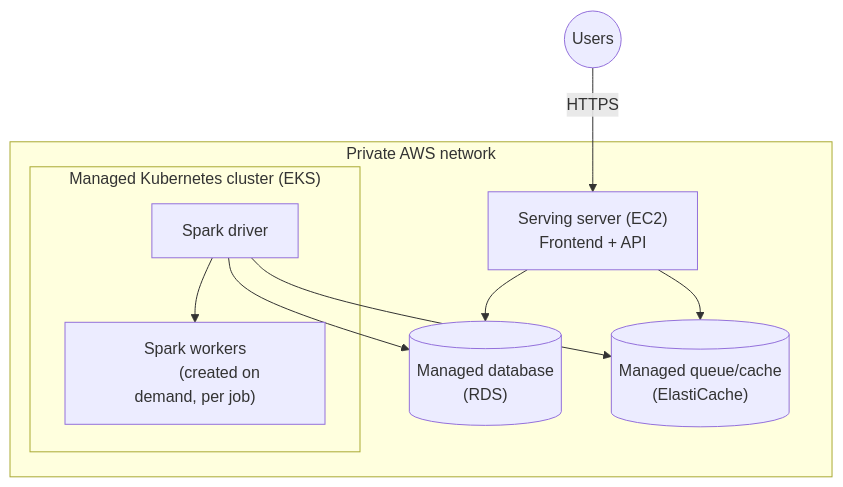
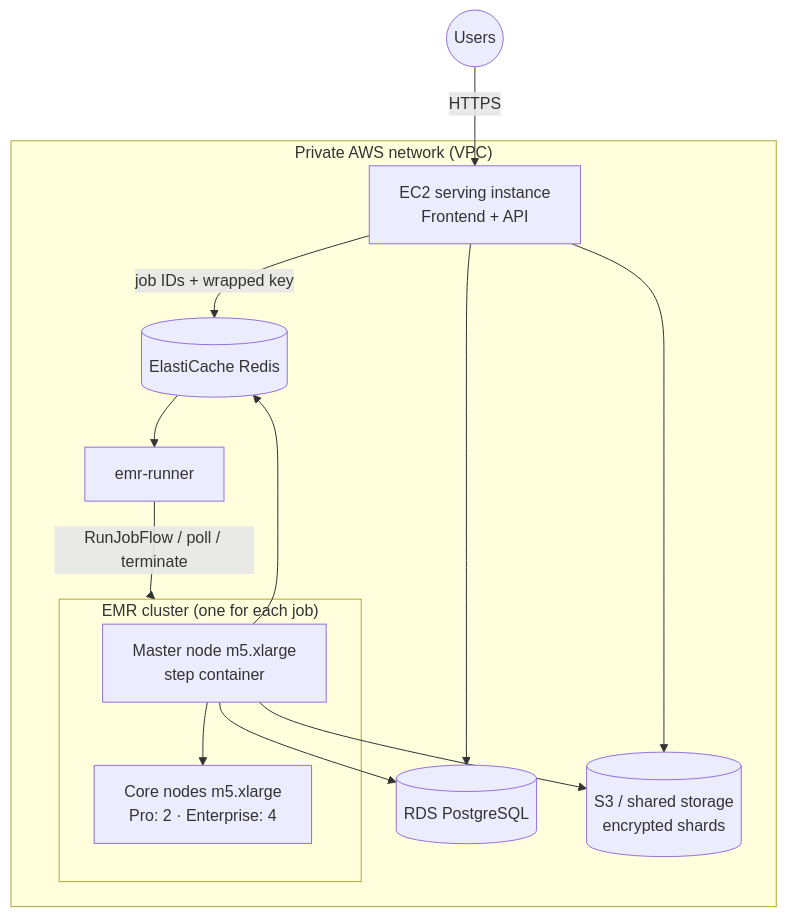
The first of 2 diagrams in docs/cloud/aws-architecture.md (DataShield-sp18/data-shield-docs), drawn with Mermaid before and after one commit. The commit also changed other lines of this file and 6 other files, not shown here.

Commit message:
docs(arch): EMR lane, encrypted spill, auto master key

````diff
--- a/docs/cloud/aws-architecture.md
+++ b/docs/cloud/aws-architecture.md
@@ -22,25 +21,26 @@
 ```mermaid
 flowchart TB
-    subgraph AWS["Private AWS network"]
-        Serving["Serving server (EC2)
-        Frontend + API"]
+    Users(("Users")) -->|HTTPS| Serving
 
-        subgraph Cluster["Managed Kubernetes cluster (EKS)"]
-            Driver["Spark driver"]
-            Workers["Spark workers
-            (created on demand, per job)"]
+    subgraph VPC["Private AWS network (VPC)"]
+        Serving["EC2 serving instance<br/>Frontend + API"]
+        Runner["emr-runner"]
+        subgraph EMRC["EMR cluster (one for each job)"]
+            Master["Master node m5.xlarge<br/>step container"]
+            Core["Core nodes m5.xlarge<br/>Pro: 2 · Enterprise: 4"]
         end
-
-        DB[("Managed database
-        (RDS)")]
-        Queue[("Managed queue/cache
-        (ElastiCache)")]
+        DB[("RDS PostgreSQL")]
+        Cache[("ElastiCache Redis")]
+        Store[("S3 / shared storage<br/>encrypted shards")]
     end
 
-    Users(("Users")) -->|HTTPS| Serving
     Serving --> DB
-    Serving --> Queue
-    Driver --> DB
-    Driver --> Queue
-    Driver --> Workers
+    Serving -- "job IDs + wrapped key" --> Cache
+    Serving --> Store
+    Cache --> Runner
+    Runner -- "RunJobFlow / poll / terminate" --> EMRC
+    Master --> Core
+    Master --> DB
+    Master --> Cache
+    Master --> Store
 ```
````
